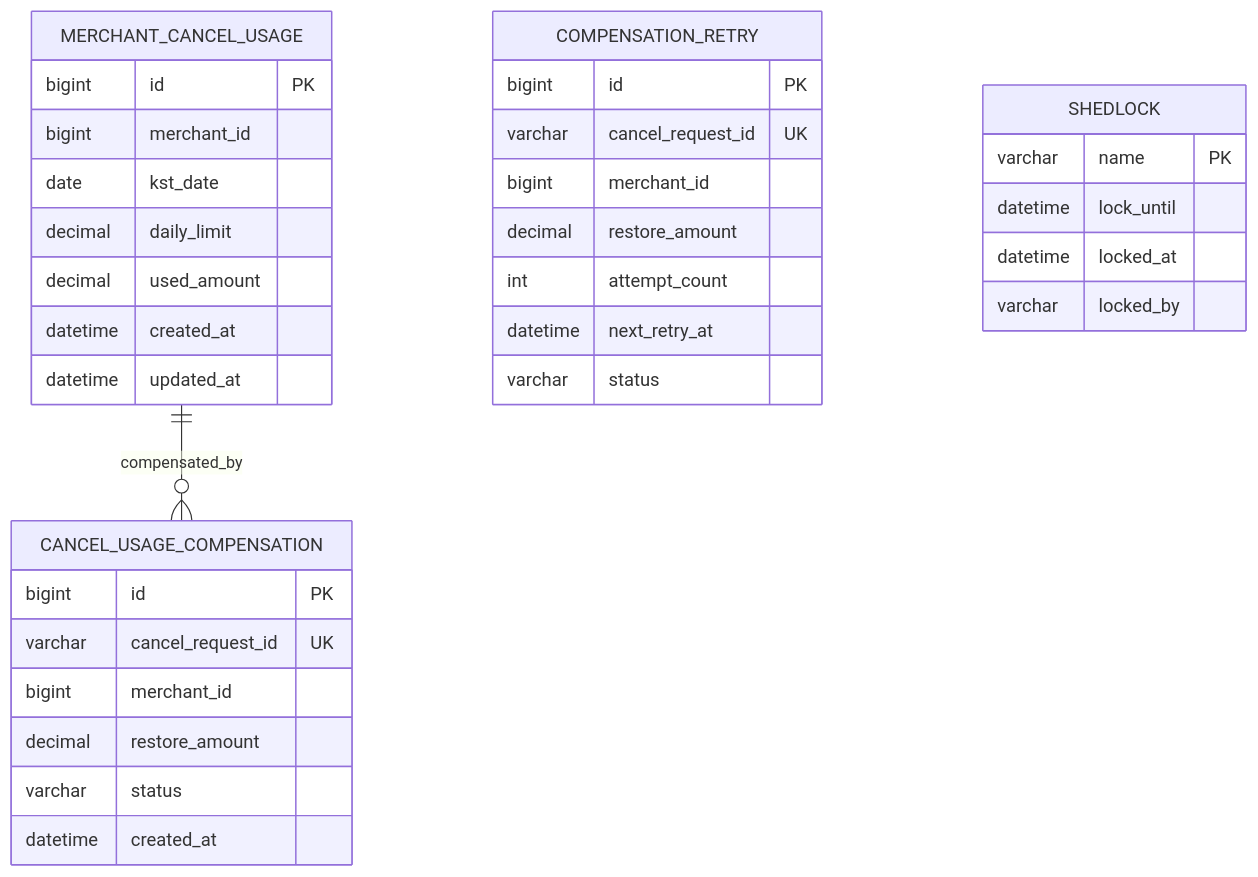
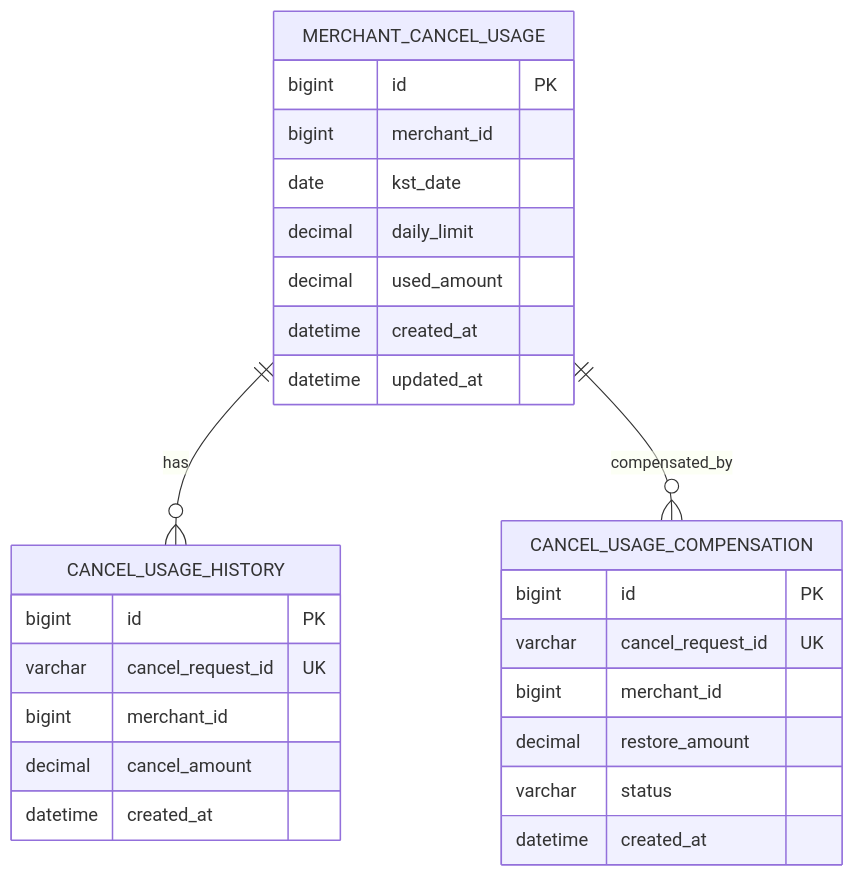
One commit to lsc713/docswithmulti changed the sixth of 7 diagrams in sysdesign/detail/data-design.md. Above: the diagram before and after it, drawn with Mermaid. The commit also changed other lines of this file and 2 other files, not shown here.

First line of the commit message:
docs: 결제 취소 플로우 및 데이터 설계 문서 수정

````diff
--- a/sysdesign/detail/data-design.md
+++ b/sysdesign/detail/data-design.md
@@ -286,37 +273,30 @@
 ```mermaid
 erDiagram
+  MERCHANT_CANCEL_USAGE ||--o{ CANCEL_USAGE_HISTORY : has
   MERCHANT_CANCEL_USAGE ||--o{ CANCEL_USAGE_COMPENSATION : compensated_by
 
   MERCHANT_CANCEL_USAGE {
     bigint id PK
     bigint merchant_id
     date kst_date
     decimal daily_limit
     decimal used_amount
     datetime created_at
     datetime updated_at
   }
+  CANCEL_USAGE_HISTORY {
+    bigint id PK
+    varchar cancel_request_id UK
+    bigint merchant_id
+    decimal cancel_amount
+    datetime created_at
+  }
   CANCEL_USAGE_COMPENSATION {
     bigint id PK
     varchar cancel_request_id UK
     bigint merchant_id
     decimal restore_amount
     varchar status
     datetime created_at
   }
-  COMPENSATION_RETRY {
-    bigint id PK
-    varchar cancel_request_id UK
-    bigint merchant_id
-    decimal restore_amount
-    int attempt_count
-    datetime next_retry_at
-    varchar status
-  }
-  SHEDLOCK {
-    varchar name PK
-    datetime lock_until
-    datetime locked_at
-    varchar locked_by
-  }
 ```
````
